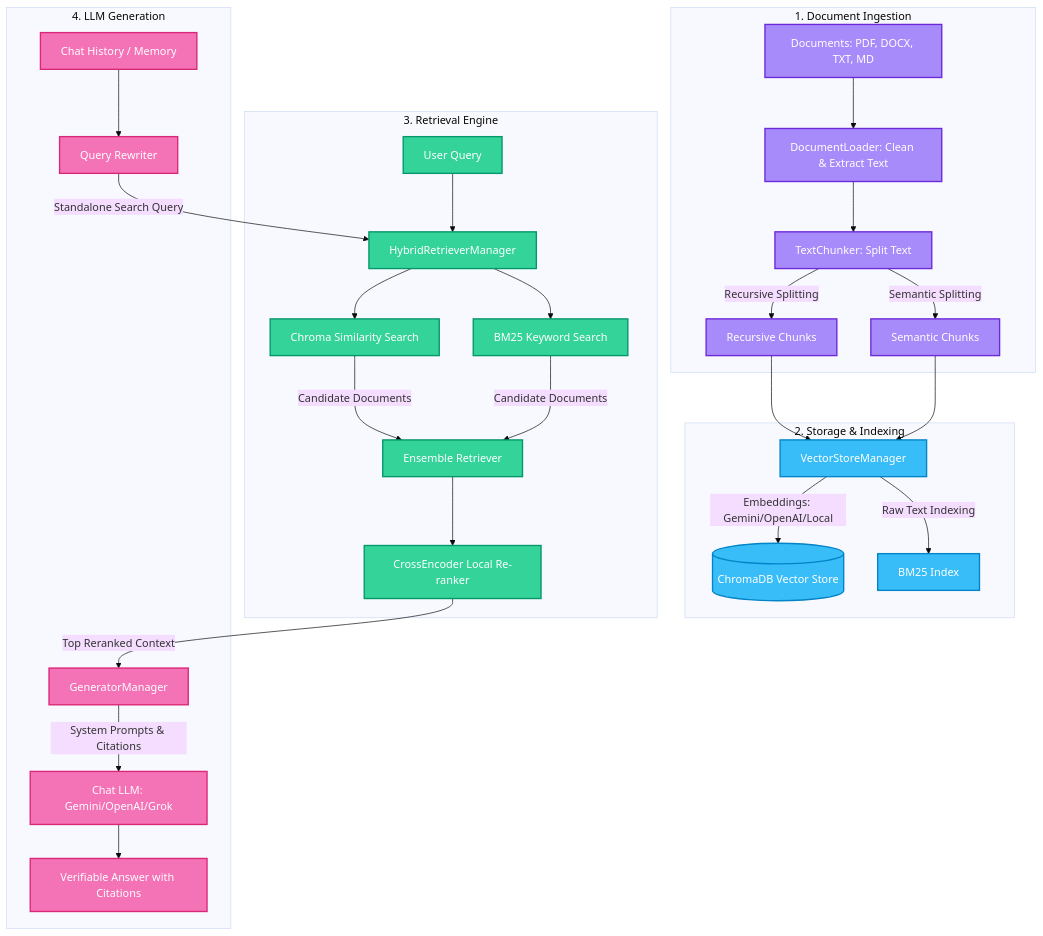
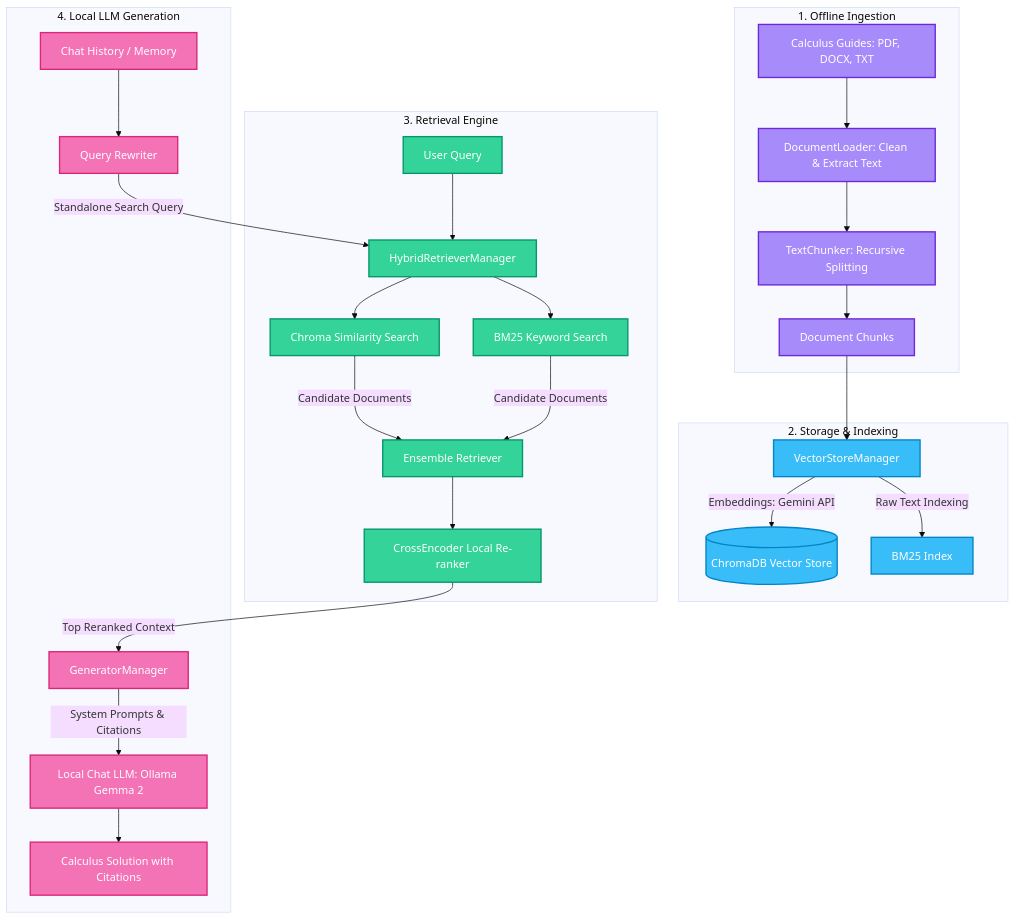
One commit to JaynthReddy91/RAGproject changed the diagram in README.md. Above: the diagram before and after it, drawn with Mermaid (base theme). The commit also changed other lines of this file and 8 other files, not shown here.

Commit message:
Transition pipeline to local Ollama LLM and index Calculus Integrals guide

````diff
--- a/README.md
+++ b/README.md
@@ -13,46 +11,45 @@
 ```mermaid
 graph TD
     %% Styling
     classDef ingest fill:#a78bfa,stroke:#6d28d9,stroke-width:2px,color:#fff;
     classDef index fill:#38bdf8,stroke:#0284c7,stroke-width:2px,color:#fff;
     classDef search fill:#34d399,stroke:#059669,stroke-width:2px,color:#fff;
     classDef gen fill:#f472b6,stroke:#db2777,stroke-width:2px,color:#fff;
 
     %% Ingestion Stage
-    subgraph Ingestion ["1. Document Ingestion"]
-        A[Documents: PDF, DOCX, TXT, MD] --> B[DocumentLoader: Clean & Extract Text]
-        B --> C[TextChunker: Split Text]
-        C -- Recursive Splitting --> D[Recursive Chunks]
-        C -- Semantic Splitting --> E[Semantic Chunks]
+    subgraph Ingestion ["1. Offline Ingestion"]
+        A[Calculus Guides: PDF, DOCX, TXT] --> B[DocumentLoader: Clean & Extract Text]
+        B --> C[TextChunker: Recursive Splitting]
+        C --> D[Document Chunks]
     end
-    class A,B,C,D,E ingest;
+    class A,B,C,D ingest;
 
     %% Indexing Stage
     subgraph Indexing ["2. Storage & Indexing"]
-        D & E --> F[VectorStoreManager]
-        F -- Embeddings: Gemini/OpenAI/Local --> G[(ChromaDB Vector Store)]
+        D --> F[VectorStoreManager]
+        F -- Embeddings: Gemini API --> G[(ChromaDB Vector Store)]
         F -- Raw Text Indexing --> H[BM25 Index]
     end
     class F,G,H index;
 
     %% Retrieval Stage
     subgraph Retrieval ["3. Retrieval Engine"]
         I[User Query] --> J[HybridRetrieverManager]
         J --> K[Chroma Similarity Search]
         J --> L[BM25 Keyword Search]
         K -- Candidate Documents --> M[Ensemble Retriever]
         L -- Candidate Documents --> M
         M --> N[CrossEncoder Local Re-ranker]
     end
     class I,J,K,L,M,N search;
 
     %% Generation Stage
-    subgraph Generation ["4. LLM Generation"]
+    subgraph Generation ["4. Local LLM Generation"]
         N -- Top Reranked Context --> O[GeneratorManager]
         P[Chat History / Memory] --> Q[Query Rewriter]
         Q -- Standalone Search Query --> J
-        O -- System Prompts & Citations --> R[Chat LLM: Gemini/OpenAI/Grok]
-        R --> S[Verifiable Answer with Citations]
+        O -- System Prompts & Citations --> R[Local Chat LLM: Ollama Gemma 2]
+        R --> S[Calculus Solution with Citations]
     end
     class O,P,Q,R,S gen;
 ```
````
